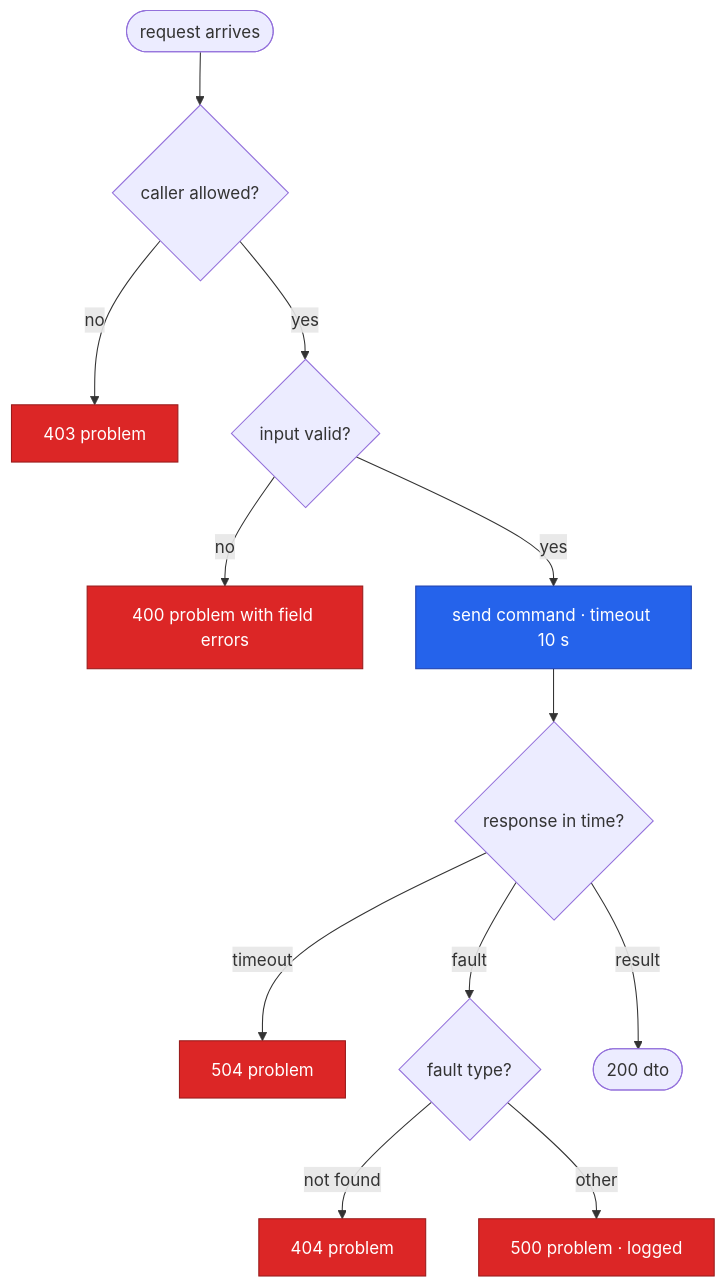
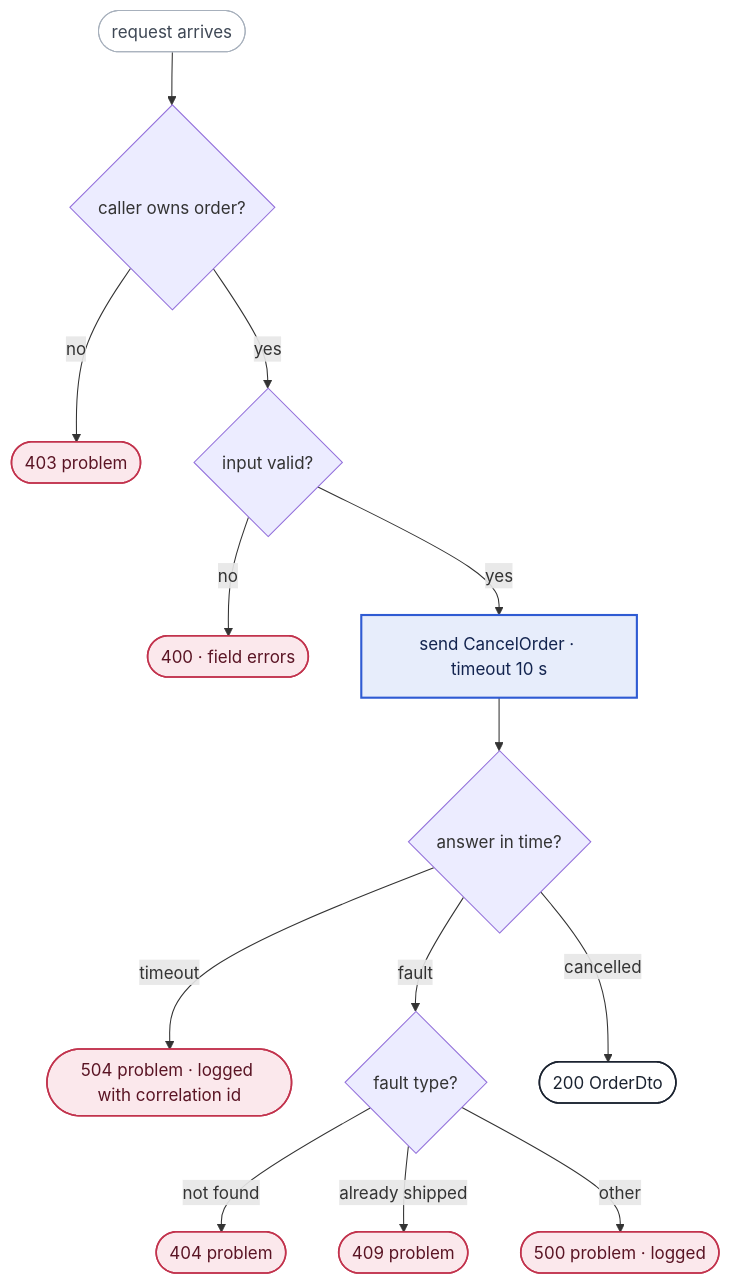
Before and after one commit to m0x6A/claude-skills: the third of 6 diagrams in plugins/feature-workflow/skills/feature-design/templates/design.md, drawn with Mermaid. The commit also changed other lines of this file and 4 other files, not shown here.

First line of the commit message:
Give the design diagrams one visual language and a proper render page

````diff
--- a/plugins/feature-workflow/skills/feature-design/templates/design.md
+++ b/plugins/feature-workflow/skills/feature-design/templates/design.md
@@ -113,16 +141,22 @@
 ```mermaid
 flowchart TD
-    classDef affected fill:#2563eb,stroke:#1e40af,color:#fff
-    classDef err fill:#dc2626,stroke:#991b1b,color:#fff
-    Start([request arrives]) --> Auth{caller allowed?}
-    Auth -- no --> E403[403 problem]:::err
+    classDef affected fill:#E7EDFB,stroke:#2F5BD3,stroke-width:2px,color:#13244F
+    classDef new fill:#DFF2EA,stroke:#0F8A6A,stroke-width:2px,color:#0A3A2C
+    classDef quiet fill:#FFFFFF,stroke:#A7B0BC,stroke-width:1px,color:#3F4855
+    classDef ext fill:#F2F4F7,stroke:#A7B0BC,stroke-width:1px,stroke-dasharray:4 3,color:#3F4855
+    classDef ok fill:#FFFFFF,stroke:#1B2330,stroke-width:1.5px,color:#1B2330
+    classDef err fill:#FBE8EC,stroke:#C2334D,stroke-width:1.5px,color:#5A1424
+
+    Start([request arrives]):::quiet --> Auth{caller owns order?}
+    Auth -- no --> E403([403 problem]):::err
     Auth -- yes --> Valid{input valid?}
-    Valid -- no --> E400[400 problem with field errors]:::err
-    Valid -- yes --> Send[send command · timeout 10 s]:::affected
-    Send --> Resp{response in time?}
-    Resp -- timeout --> E504[504 problem]:::err
+    Valid -- no --> E400([400 · field errors]):::err
+    Valid -- yes --> Send[send CancelOrder · timeout 10 s]:::affected
+    Send --> Resp{answer in time?}
+    Resp -- timeout --> E504([504 problem · logged with correlation id]):::err
     Resp -- fault --> Map{fault type?}
-    Map -- not found --> E404[404 problem]:::err
-    Map -- other --> E500[500 problem · logged]:::err
-    Resp -- result --> Ok([200 dto])
+    Map -- not found --> E404([404 problem]):::err
+    Map -- already shipped --> E409([409 problem]):::err
+    Map -- other --> E500([500 problem · logged]):::err
+    Resp -- cancelled --> Ok([200 OrderDto]):::ok
 ```
````
